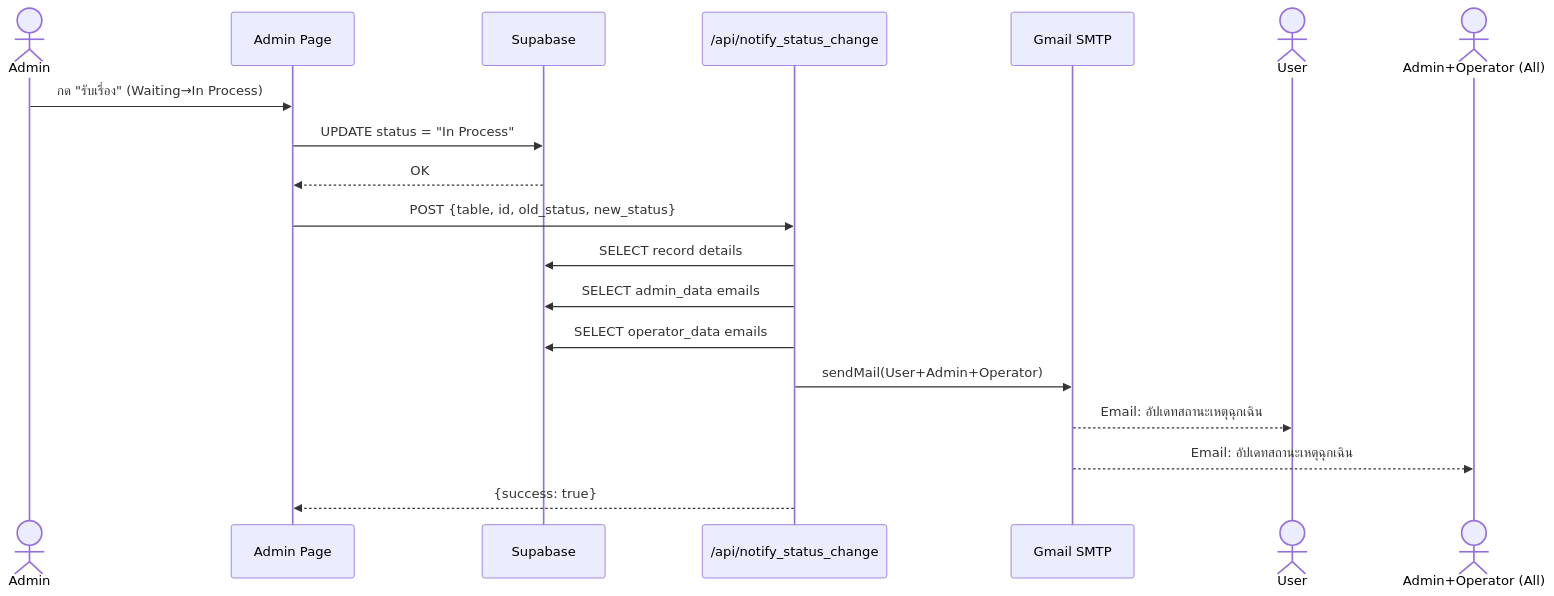
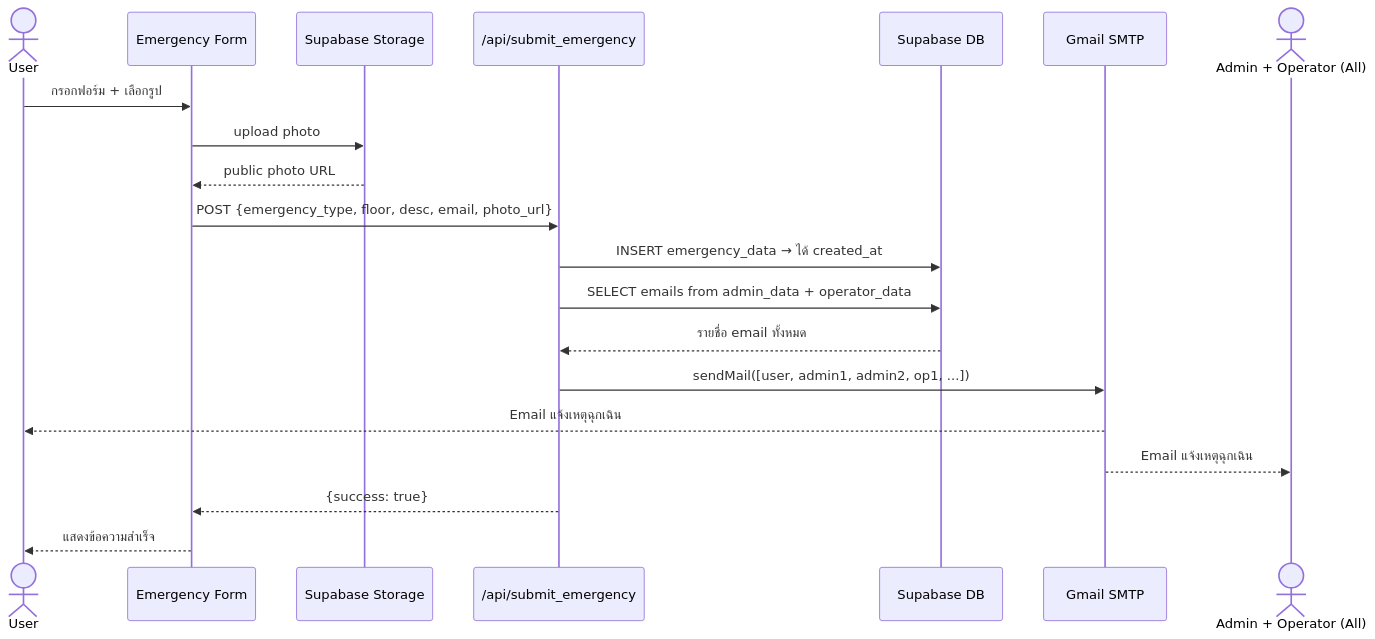
One commit to baitankub-boop/emergency_alert changed the ninth of 12 diagrams in README.md. Above: the diagram before and after it, drawn with Mermaid. The commit also changed other lines of this file, not shown here.

````diff
--- a/README.md
+++ b/README.md
@@ -209,22 +281,23 @@
 ```mermaid
 sequenceDiagram
-    actor Admin
-    participant AdminPage as Admin Page
-    participant Supabase
-    participant NotifyAPI as /api/notify_status_change
-    participant Mailer as Gmail SMTP
-    actor User
-    actor AllStaff as Admin+Operator (All)
+    actor U as User
+    participant F as Emergency Form
+    participant ST as Supabase Storage
+    participant API as /api/submit_emergency
+    participant DB as Supabase DB
+    participant ML as Gmail SMTP
+    actor AO as Admin + Operator (All)
 
-    Admin->>AdminPage: กด "รับเรื่อง" (Waiting→In Process)
-    AdminPage->>Supabase: UPDATE status = "In Process"
-    Supabase-->>AdminPage: OK
-    AdminPage->>NotifyAPI: POST {table, id, old_status, new_status}
-    NotifyAPI->>Supabase: SELECT record details
-    NotifyAPI->>Supabase: SELECT admin_data emails
-    NotifyAPI->>Supabase: SELECT operator_data emails
-    NotifyAPI->>Mailer: sendMail(User+Admin+Operator)
-    Mailer-->>User: Email: อัปเดทสถานะเหตุฉุกเฉิน
-    Mailer-->>AllStaff: Email: อัปเดทสถานะเหตุฉุกเฉิน
-    NotifyAPI-->>AdminPage: {success: true}
+    U->>F: กรอกฟอร์ม + เลือกรูป
+    F->>ST: upload photo
+    ST-->>F: public photo URL
+    F->>API: POST {emergency_type, floor, desc, email, photo_url}
+    API->>DB: INSERT emergency_data → ได้ created_at
+    API->>DB: SELECT emails from admin_data + operator_data
+    DB-->>API: รายชื่อ email ทั้งหมด
+    API->>ML: sendMail([user, admin1, admin2, op1, ...])
+    ML-->>U: Email แจ้งเหตุฉุกเฉิน
+    ML-->>AO: Email แจ้งเหตุฉุกเฉิน
+    API-->>F: {success: true}
+    F-->>U: แสดงข้อความสำเร็จ
 ```
````
